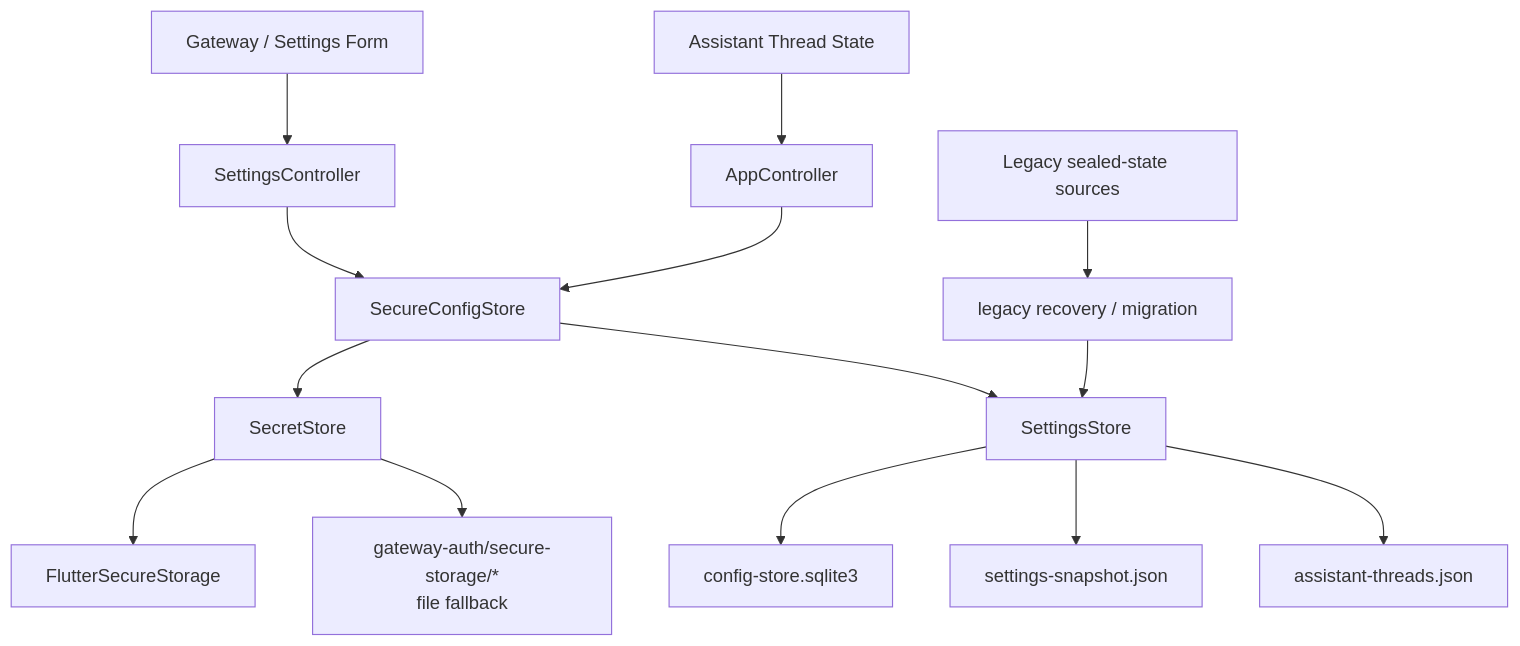
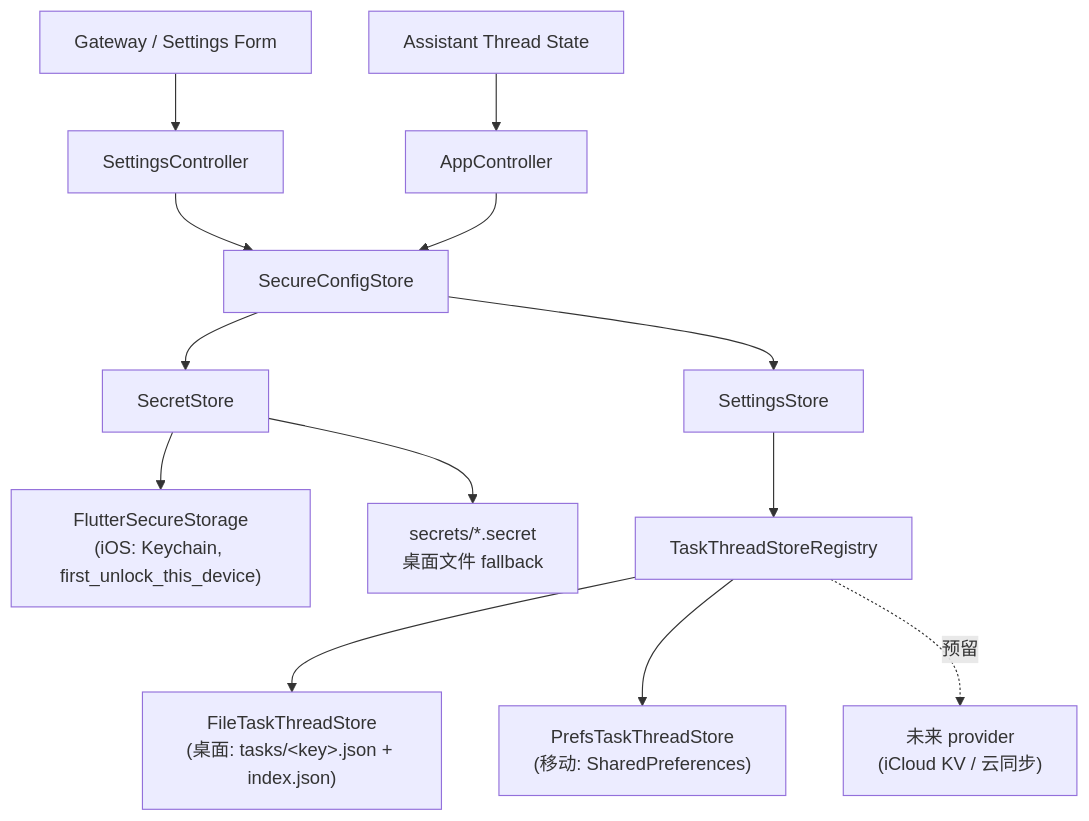
One commit to ai-workspace-lab/xworkmate-app changed the diagram in docs/architecture/secure-local-persistence-architecture.md. Above: the diagram before and after it, drawn with Mermaid. The commit also changed other lines of this file and 10 other files, not shown here.

First line of the commit message:
refactor(storage): converge task persistence behind TaskThreadStore providers, drop legacy compatibility

````diff
--- a/docs/architecture/secure-local-persistence-architecture.md
+++ b/docs/architecture/secure-local-persistence-architecture.md
@@ -95,20 +20,18 @@
 ```mermaid
 flowchart TD
   A["Gateway / Settings Form"] --> B["SettingsController"]
   C["Assistant Thread State"] --> D["AppController"]
   B --> E["SecureConfigStore"]
   D --> E
 
   E --> F["SecretStore"]
   E --> G["SettingsStore"]
 
-  F --> H["FlutterSecureStorage"]
-  F --> I["gateway-auth/secure-storage/*<br/>file fallback"]
+  F --> H["FlutterSecureStorage<br/>(iOS: Keychain, first_unlock_this_device)"]
+  F --> I["secrets/*.secret<br/>桌面文件 fallback"]
 
-  G --> J["config-store.sqlite3"]
-  G --> K["settings-snapshot.json"]
-  G --> L["assistant-threads.json"]
-
-  M["Legacy sealed-state sources"] --> N["legacy recovery / migration"]
-  N --> G
+  G --> J["TaskThreadStoreRegistry"]
+  J --> K["FileTaskThreadStore<br/>(桌面: tasks/&lt;key&gt;.json + index.json)"]
+  J --> L["PrefsTaskThreadStore<br/>(移动: SharedPreferences)"]
+  J -.预留.-> M["未来 provider<br/>(iCloud KV / 云同步)"]
 ```
````
